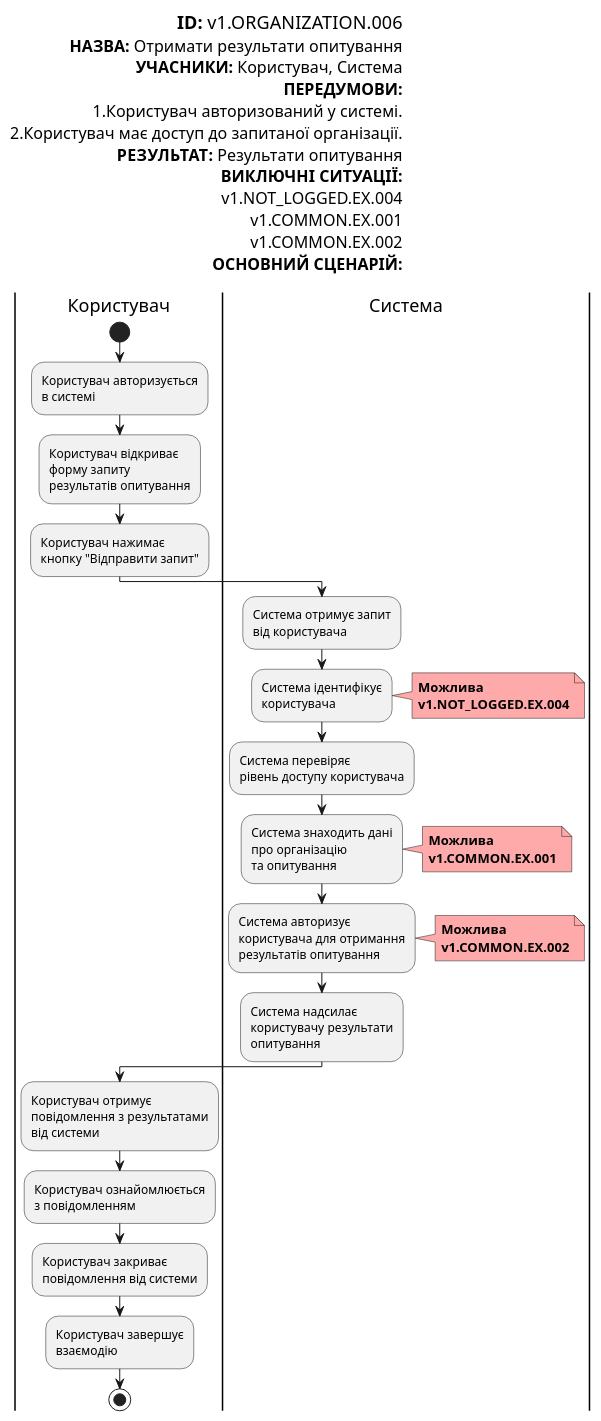
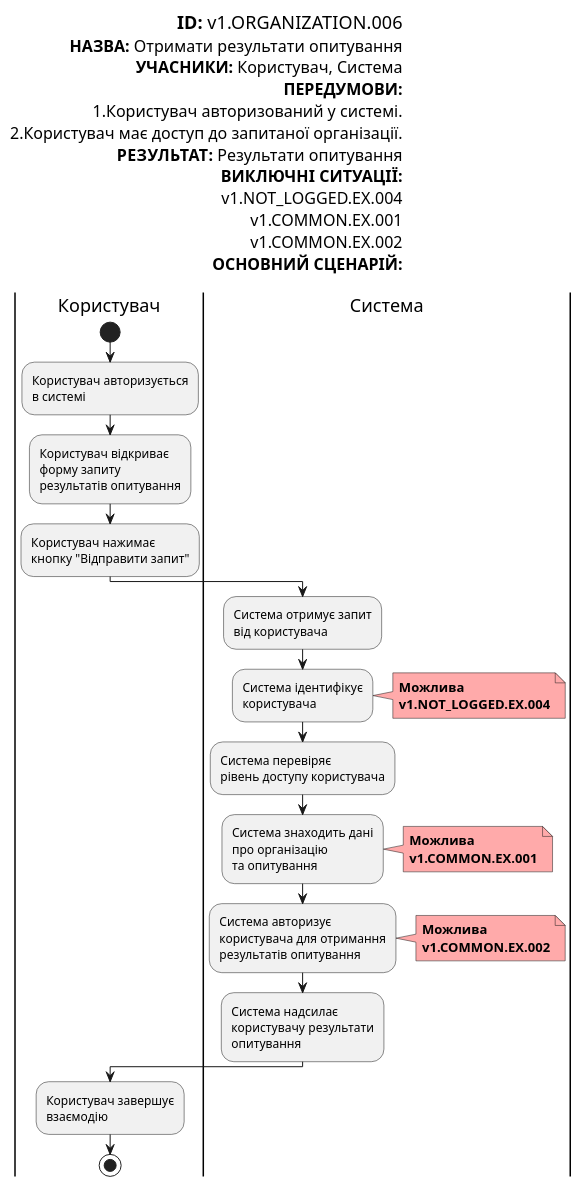
Before and after one commit to Znskiy/survey-expert: diagram 11 of 18 in docs/use cases/README.md, drawn with PlantUML. The commit also changed other lines of this file, not shown here.

```diff
--- a/docs/use cases/README.md
+++ b/docs/use cases/README.md
@@ -744,17 +733,7 @@
           користувачу результати
           опитування;
 
-      |Користувач|
-          :Користувач отримує
-          повідомлення з результатами
-          від системи;
-
-          :Користувач ознайомлюється
-          з повідомленням;
-  
-          :Користувач закриває
-          повідомлення від системи;
-  
+      |Користувач|           
           :Користувач завершує
           взаємодію;
 
```
